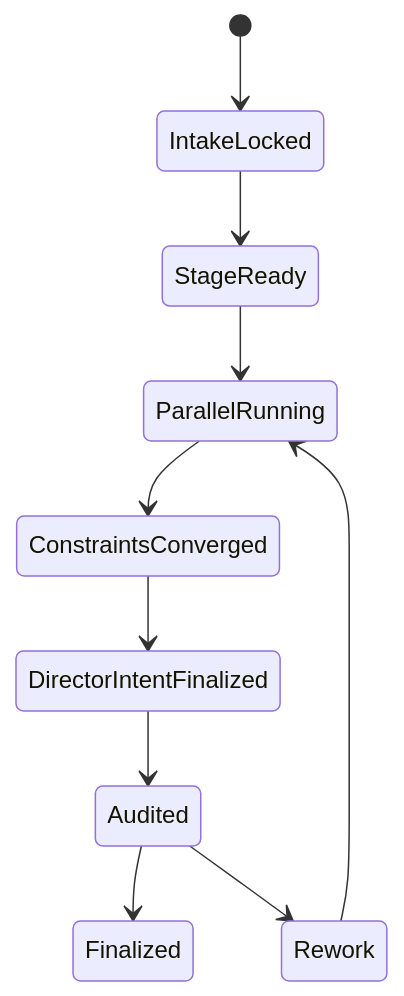
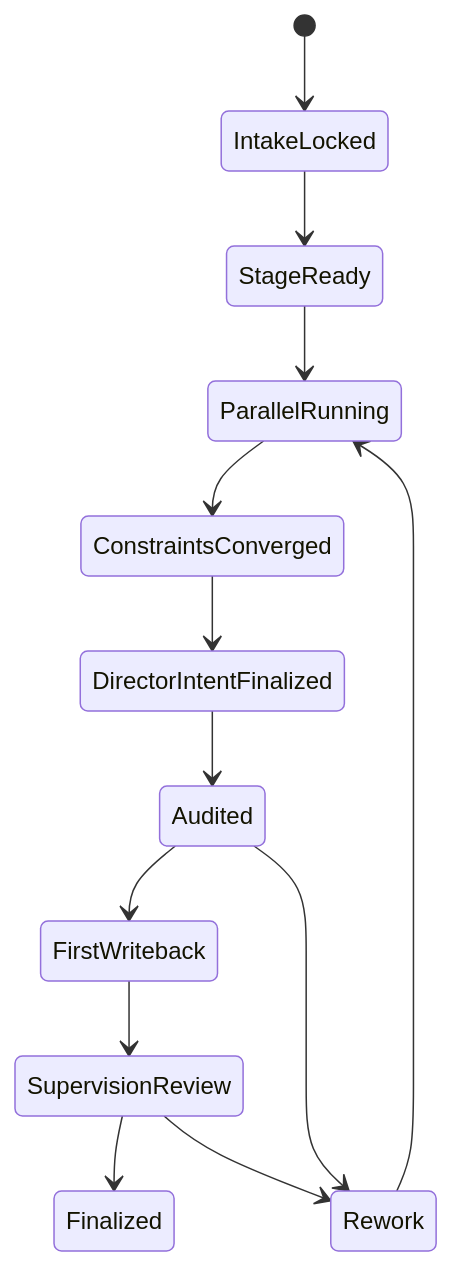
The third of 4 diagrams in .agents/skills/aigc/2-Global/SKILL.md (ZEN-VOID/AI-CUT), drawn with Mermaid before and after one commit. The commit also changed other lines of this file and 165 other files, not shown here.

````diff
--- a/.agents/skills/aigc/2-Global/SKILL.md
+++ b/.agents/skills/aigc/2-Global/SKILL.md
@@ -184,12 +204,15 @@
 ```mermaid
 stateDiagram-v2
     [*] --> IntakeLocked
     IntakeLocked --> StageReady
     StageReady --> ParallelRunning
     ParallelRunning --> ConstraintsConverged
     ConstraintsConverged --> DirectorIntentFinalized
     DirectorIntentFinalized --> Audited
-    Audited --> Finalized
+    Audited --> FirstWriteback
+    FirstWriteback --> SupervisionReview
+    SupervisionReview --> Finalized
     Audited --> Rework
+    SupervisionReview --> Rework
     Rework --> ParallelRunning
 ```
````
